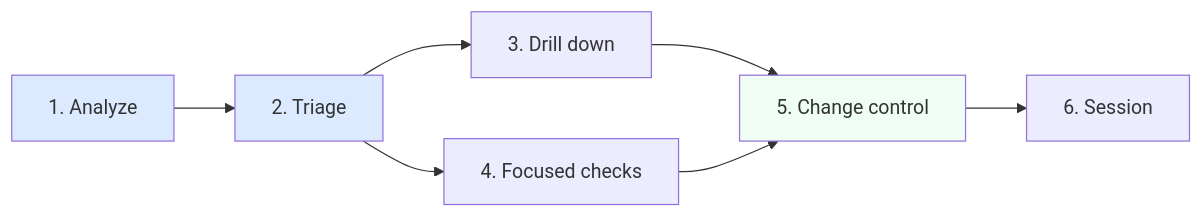
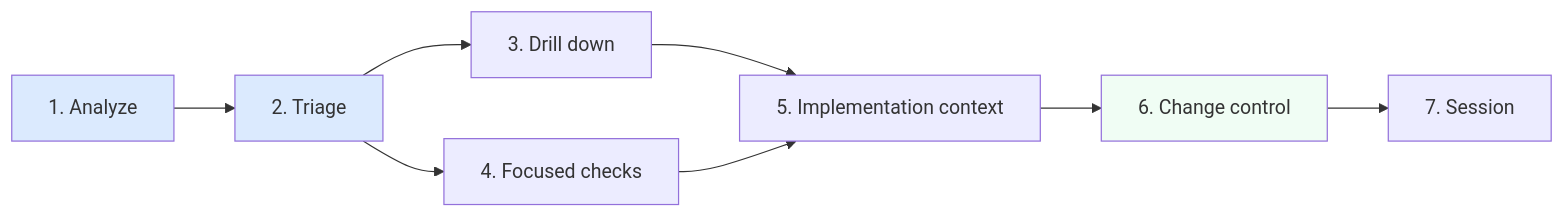
Before and after one commit to orenlab/codeclone: the second of 2 diagrams in docs/book/25-mcp-interface/index.md, drawn with Mermaid. The commit also changed other lines of this file and 20 other files, not shown here.

Commit message:
feat(mcp): add implementation context surface

````diff
--- a/docs/book/25-mcp-interface/index.md
+++ b/docs/book/25-mcp-interface/index.md
@@ -115,12 +120,13 @@
 ```mermaid
 graph LR
     A["1. Analyze"] --> T["2. Triage"]
     T --> D["3. Drill down"]
     T --> F["4. Focused checks"]
-    D --> CC["5. Change control"]
-    F --> CC
-    CC --> S["6. Session"]
+    D --> C["5. Implementation context"]
+    F --> C
+    C --> CC["6. Change control"]
+    CC --> S["7. Session"]
     style A fill: #dbeafe
     style T fill: #dbeafe
     style CC fill: #f0fdf4
 ```
````
